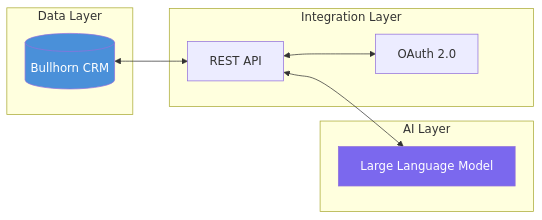
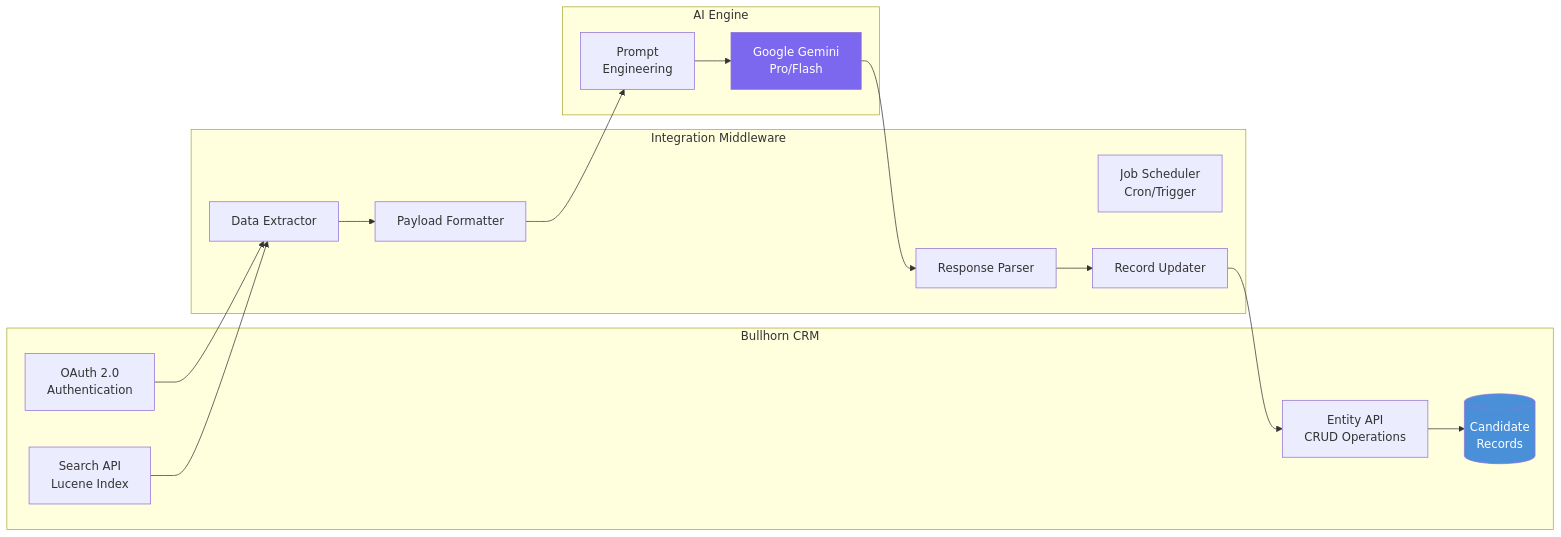
One commit to Jackson-G2/bullhorn-ai-integration changed the fourth of 6 diagrams in README.md. Above: the diagram before and after it, drawn with Mermaid. The commit also changed other lines of this file and 15 other files, not shown here.

First line of the commit message:
Fix diagram text readability by using dark text on light fills

````diff
--- a/README.md
+++ b/README.md
@@ -143,22 +120,35 @@
 ```mermaid
 flowchart LR
-    subgraph DataLayer [Data Layer]
-        BH[(Bullhorn CRM)]
+    subgraph BullhornSystem [Bullhorn CRM]
+        BHAuth[OAuth 2.0<br/>Authentication]
+        BHSearch[Search API<br/>Lucene Index]
+        BHEntity[Entity API<br/>CRUD Operations]
+        BHDB[(Candidate<br/>Records)]
     end
-    
-    subgraph IntegrationLayer [Integration Layer]
-        API[REST API]
-        Auth[OAuth 2.0]
+
+    subgraph MiddlewareSystem [Integration Middleware]
+        Scheduler[Job Scheduler<br/>Cron/Trigger]
+        Extractor[Data Extractor]
+        Formatter[Payload Formatter]
+        Parser[Response Parser]
+        Updater[Record Updater]
     end
-    
-    subgraph AILayer [AI Layer]
-        LLM[Large Language Model]
+
+    subgraph AISystem [AI Engine]
+        LLM[Google Gemini<br/>Pro/Flash]
+        Prompt[Prompt<br/>Engineering]
     end
-    
-    BH <--> API
-    API <--> Auth
-    API <--> LLM
-    
-    style BH fill:#4A90D9,color:#fff
+
+    BHAuth --> Extractor
+    BHSearch --> Extractor
+    Extractor --> Formatter
+    Formatter --> Prompt
+    Prompt --> LLM
+    LLM --> Parser
+    Parser --> Updater
+    Updater --> BHEntity
+    BHEntity --> BHDB
+
+    style BHDB fill:#4A90D9,color:#fff
     style LLM fill:#7B68EE,color:#fff
 ```
````
